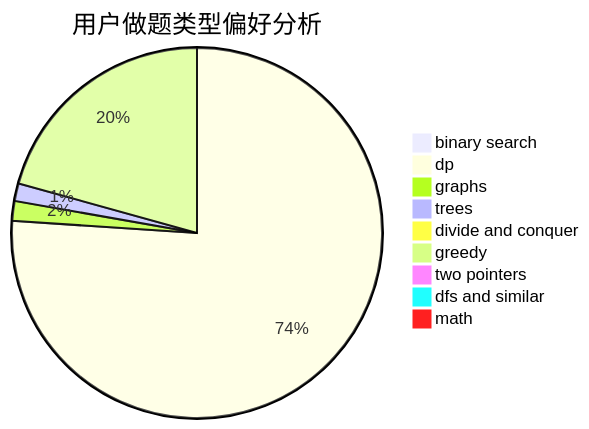
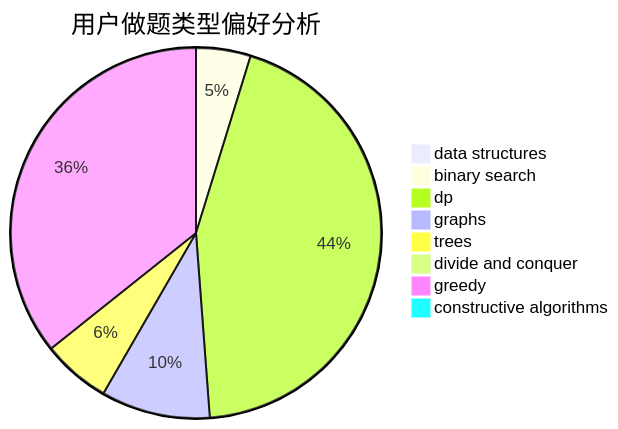
The second of 3 diagrams in docs/user/u2407.md (sherpahu/cfrs.github.io), drawn with Mermaid before and after one commit. The commit also changed other lines of this file and 2775 other files, not shown here.

````diff
--- a/docs/user/u2407.md
+++ b/docs/user/u2407.md
@@ -23,12 +23,11 @@
 ```mermaid
 pie title 用户做题类型偏好分析
-    "binary search" :  5
-    "dp" :  397
-    "graphs" :  9
-    "trees" :  8
+    "data structures" :  0
+    "binary search" :  4
+    "dp" :  37
+    "graphs" :  8
+    "trees" :  5
     "divide and conquer" :  0
-    "greedy" :  108
-    "two pointers" :  0
-    "dfs and similar" :  5
-    "math" :  5
+    "greedy" :  30
+    "constructive algorithms" :  0
 ```
````
